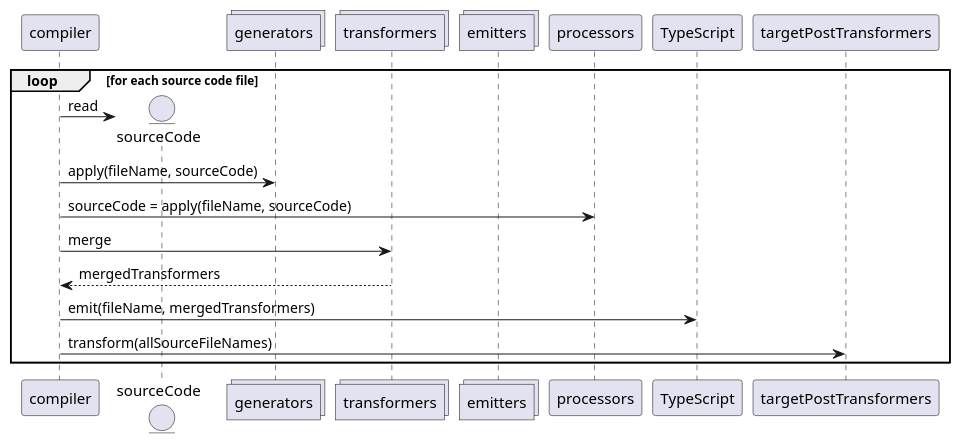
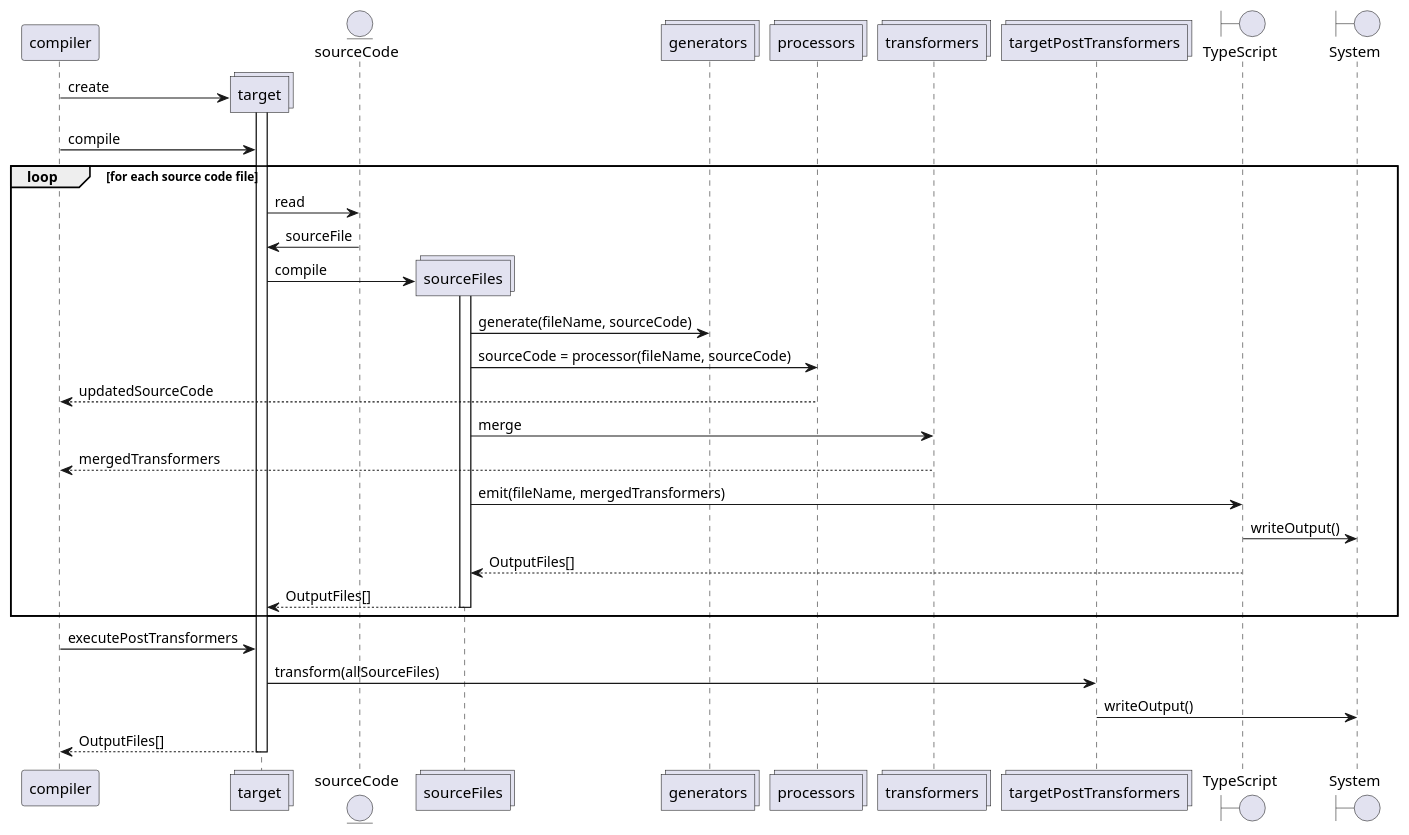
One commit to quatico-solutions/websmith changed the diagram in packages/compiler/docs/write-your-own-addon.md. Above: the diagram before and after it, drawn with PlantUML. The commit also changed other lines of this file and 3 other files, not shown here.

````diff
--- a/packages/compiler/docs/write-your-own-addon.md
+++ b/packages/compiler/docs/write-your-own-addon.md
@@ -44,19 +44,42 @@
 ```plantuml
 @startuml
 participant compiler
+collections target
 entity sourceCode
+collections sourceFiles
 collections generators
+collections processors
 collections transformers
-collections emitters
+collections targetPostTransformers
+boundary TypeScript
+boundary System
+
+    create sourceCode
+    create target
+    compiler -> target: create
+    activate target
+    compiler -> target: compile
 loop for each source code file
-    create sourceCode
-    compiler -> sourceCode: read
-    compiler -> generators: apply(fileName, sourceCode)
-    compiler -> processors: sourceCode = apply(fileName, sourceCode)
-    compiler -> transformers: merge
+    target -> sourceCode: read
+    sourceCode -> target: sourceFile
+    create sourceFiles
+    target -> sourceFiles: compile
+    activate sourceFiles
+    sourceFiles -> generators: generate(fileName, sourceCode)
+    sourceFiles -> processors: sourceCode = processor(fileName, sourceCode)
+    processors --> compiler: updatedSourceCode
+    sourceFiles -> transformers: merge
     transformers --> compiler: mergedTransformers
-    compiler -> TypeScript: emit(fileName, mergedTransformers)
-    compiler -> targetPostTransformers: transform(allSourceFileNames)
+    sourceFiles -> TypeScript: emit(fileName, mergedTransformers)
+    TypeScript -> System: writeOutput()
+    TypeScript --> sourceFiles: OutputFiles[]
+    sourceFiles --> target: OutputFiles[]
+    deactivate sourceFiles
 end
+    compiler -> target: executePostTransformers
+    target -> targetPostTransformers: transform(allSourceFiles)
+    targetPostTransformers -> System: writeOutput()
+    target --> compiler: OutputFiles[]
+    deactivate target
 @enduml
 ```
````
